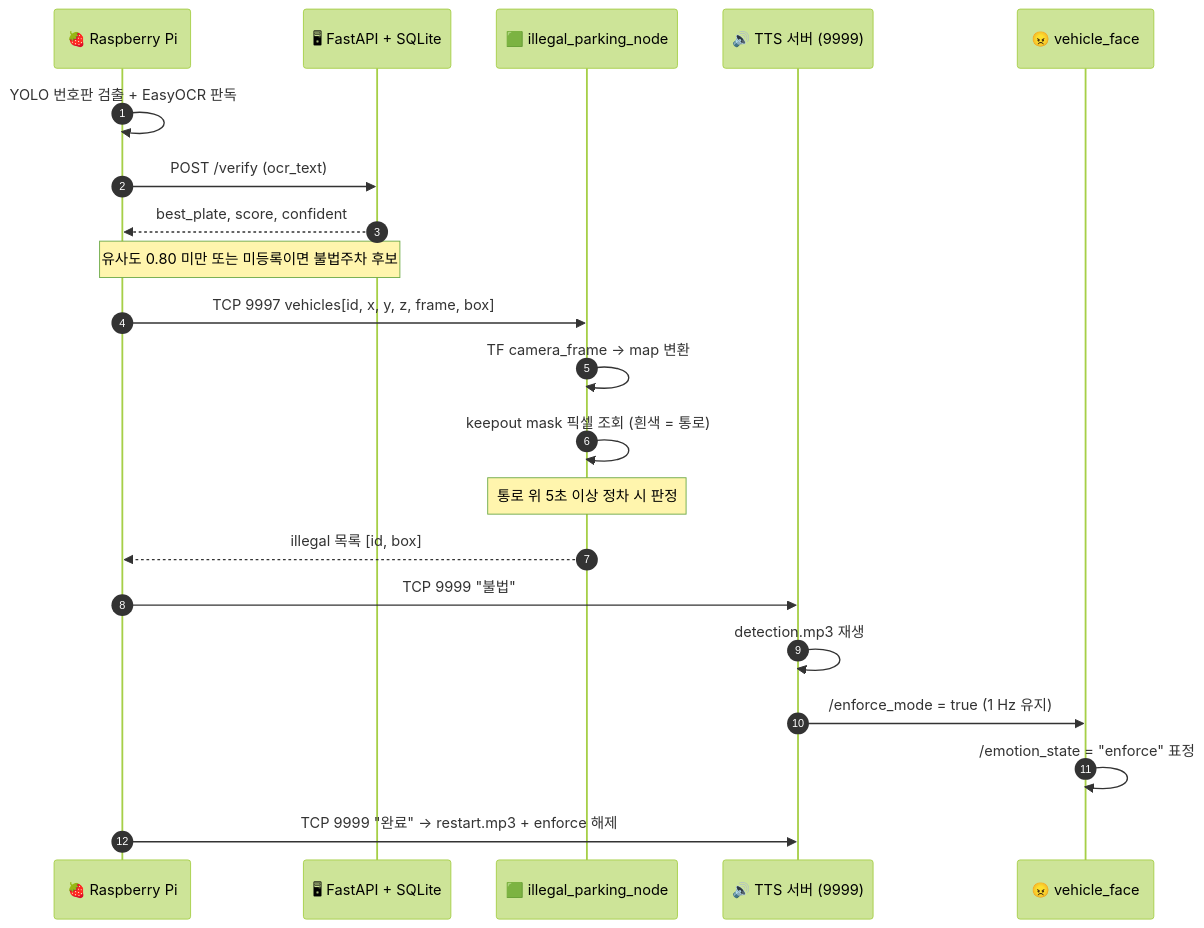
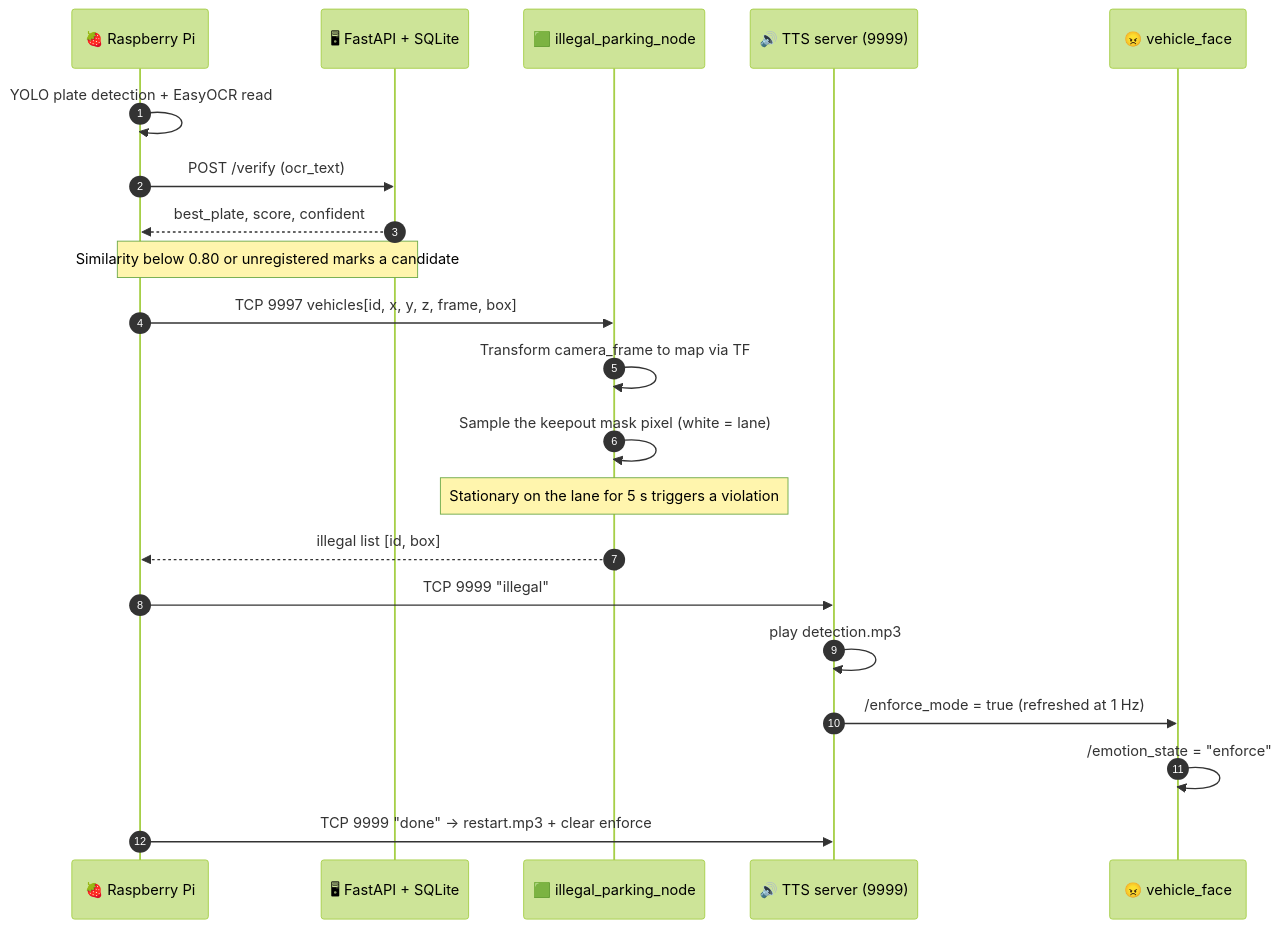
One commit to OMZcapstone/omz_ws changed the third of 3 diagrams in README.md. Above: the diagram before and after it, drawn with Mermaid (forest theme). The commit also changed other lines of this file and 2 other files, not shown here.

````diff
--- a/README.md
+++ b/README.md
@@ -460,26 +474,26 @@
 ```mermaid
 sequenceDiagram
     autonumber
     participant PI as 🍓 Raspberry Pi
     participant API as 🖥 FastAPI + SQLite
     participant IPN as 🟩 illegal_parking_node
-    participant TTS as 🔊 TTS 서버 (9999)
+    participant TTS as 🔊 TTS server (9999)
     participant FACE as 😠 vehicle_face
 
-    PI->>PI: YOLO 번호판 검출 + EasyOCR 판독
+    PI->>PI: YOLO plate detection + EasyOCR read
     PI->>API: POST /verify (ocr_text)
     API-->>PI: best_plate, score, confident
-    Note over PI,API: 유사도 0.80 미만 또는 미등록이면 불법주차 후보
+    Note over PI,API: Similarity below 0.80 or unregistered marks a candidate
 
     PI->>IPN: TCP 9997 vehicles[id, x, y, z, frame, box]
-    IPN->>IPN: TF camera_frame → map 변환
-    IPN->>IPN: keepout mask 픽셀 조회 (흰색 = 통로)
-    Note over IPN: 통로 위 5초 이상 정차 시 판정
-    IPN-->>PI: illegal 목록 [id, box]
+    IPN->>IPN: Transform camera_frame to map via TF
+    IPN->>IPN: Sample the keepout mask pixel (white = lane)
+    Note over IPN: Stationary on the lane for 5 s triggers a violation
+    IPN-->>PI: illegal list [id, box]
 
-    PI->>TTS: TCP 9999 "불법"
-    TTS->>TTS: detection.mp3 재생
-    TTS->>FACE: /enforce_mode = true (1 Hz 유지)
-    FACE->>FACE: /emotion_state = "enforce" 표정
-    PI->>TTS: TCP 9999 "완료" → restart.mp3 + enforce 해제
+    PI->>TTS: TCP 9999 "illegal"
+    TTS->>TTS: play detection.mp3
+    TTS->>FACE: /enforce_mode = true (refreshed at 1 Hz)
+    FACE->>FACE: /emotion_state = "enforce"
+    PI->>TTS: TCP 9999 "done" → restart.mp3 + clear enforce
 ```
````
